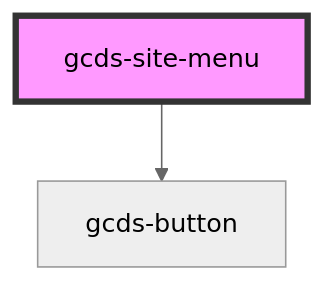
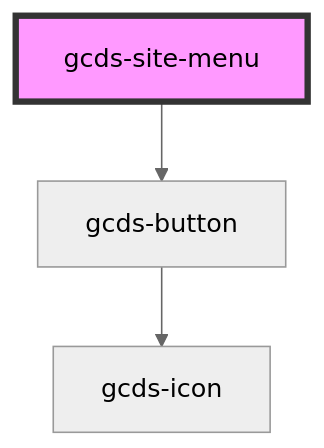
The diagram in packages/web/src/components/gcds-site-menu/readme.md (cds-snc/gcds-components), drawn with Mermaid (neutral theme) before and after one commit. The commit also changed 5 other files, not shown here.

Commit message:
gcds-button: improve accessibility for external links

````diff
--- a/packages/web/src/components/gcds-site-menu/readme.md
+++ b/packages/web/src/components/gcds-site-menu/readme.md
@@ -25,5 +25,6 @@
 ```mermaid
 graph TD;
   gcds-site-menu --> gcds-button
+  gcds-button --> gcds-icon
   style gcds-site-menu fill:#f9f,stroke:#333,stroke-width:4px
 ```
````
